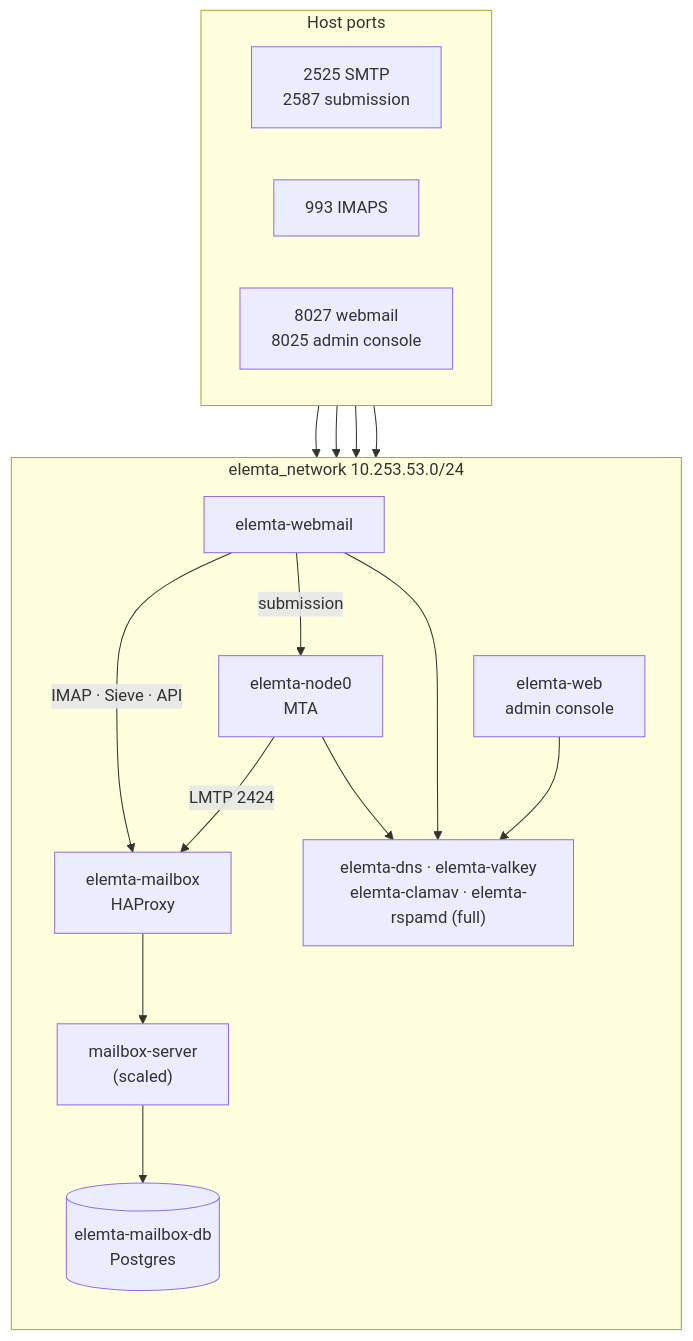
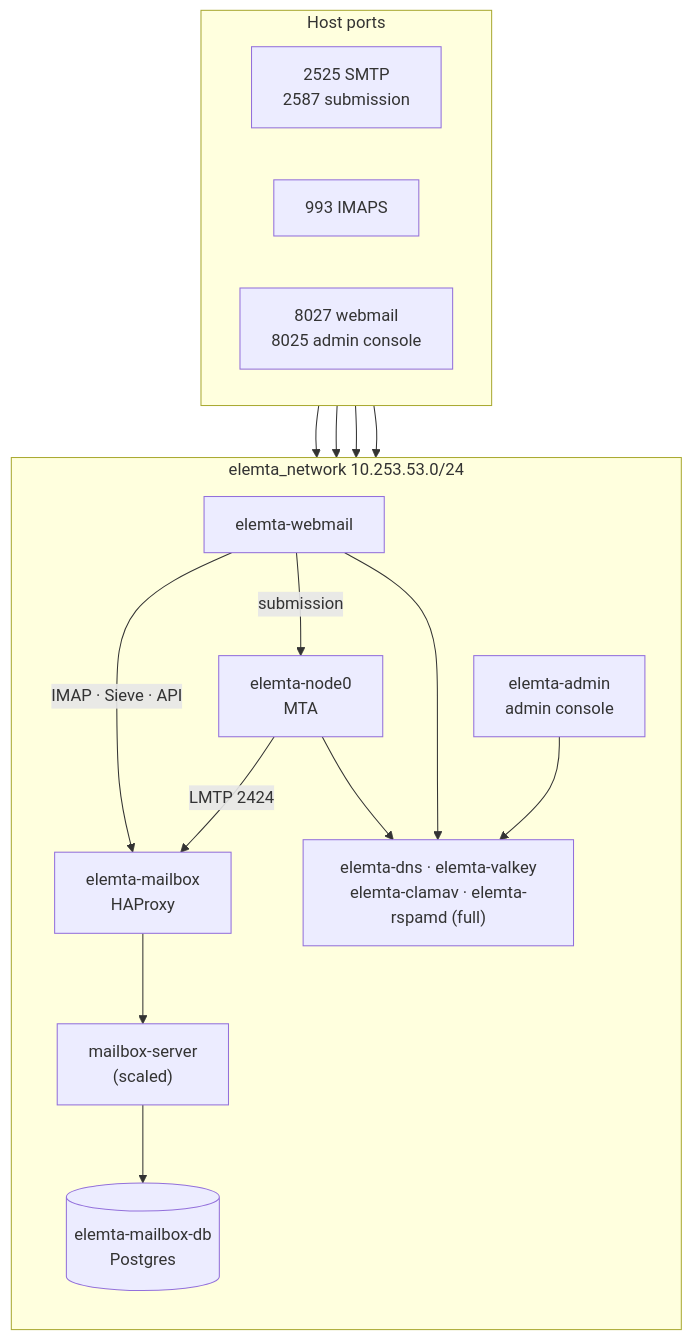
Before and after one commit to EvalAlan/elemta: the diagram in docs/diagrams/compose.mmd, drawn with Mermaid. The commit also changed 33 other files, not shown here.

```diff
--- a/docs/diagrams/compose.mmd
+++ b/docs/diagrams/compose.mmd
@@ -1,28 +1,28 @@
 flowchart TB
     subgraph host["Host ports"]
         direction LR
         pmail["2525 SMTP<br/>2587 submission"]
         pimap["993 IMAPS"]
         pweb["8027 webmail<br/>8025 admin console"]
     end
 
     subgraph net["elemta_network 10.253.53.0/24"]
         direction TB
         node0["elemta-node0<br/>MTA"]
         webmail["elemta-webmail"]
-        web["elemta-web<br/>admin console"]
+        web["elemta-admin<br/>admin console"]
         haproxy["elemta-mailbox<br/>HAProxy"]
         replicas["mailbox-server<br/>(scaled)"]
         db[("elemta-mailbox-db<br/>Postgres")]
         support["elemta-dns · elemta-valkey<br/>elemta-clamav · elemta-rspamd (full)"]
     end
 
     pmail --> node0
     pweb --> webmail
     pweb --> web
     pimap --> haproxy
     webmail -->|"submission"| node0
     webmail -->|"IMAP · Sieve · API"| haproxy
     node0 -->|"LMTP 2424"| haproxy
     haproxy --> replicas --> db
     node0 & webmail & web --> support
```
